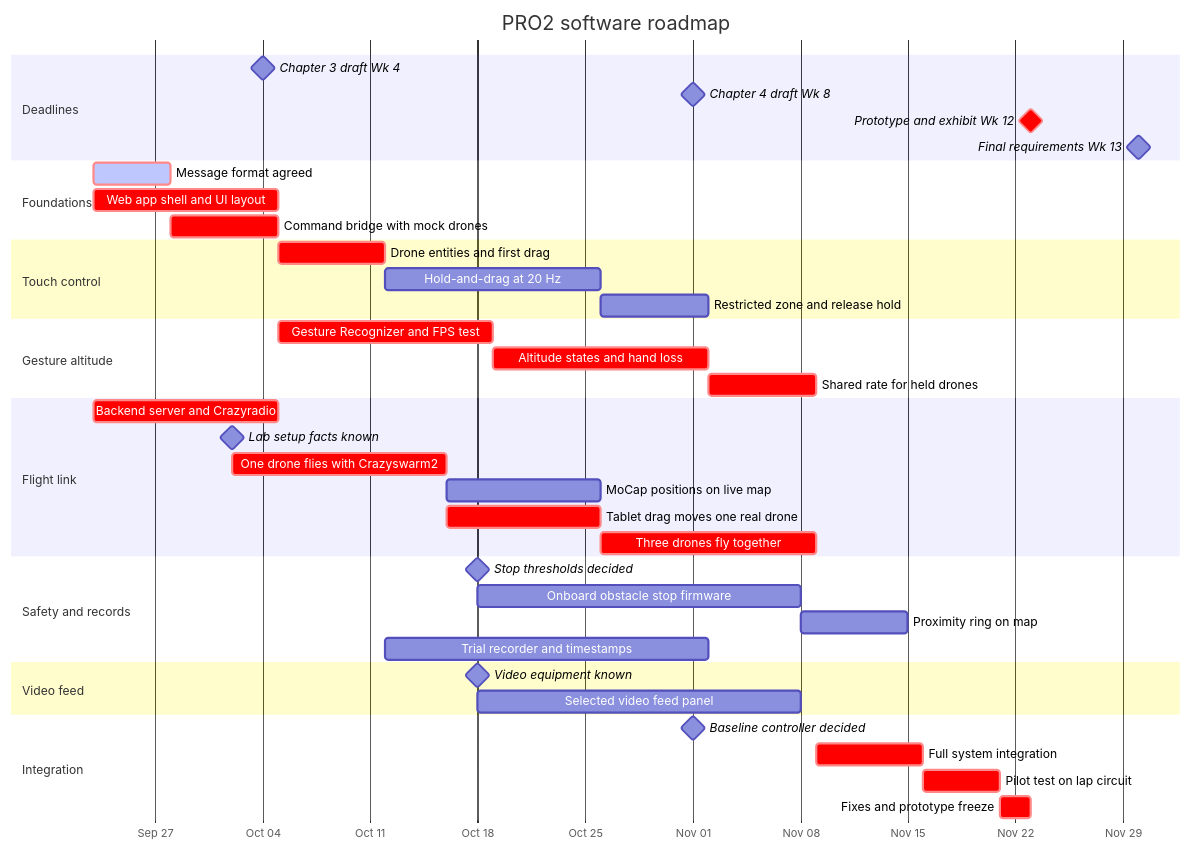
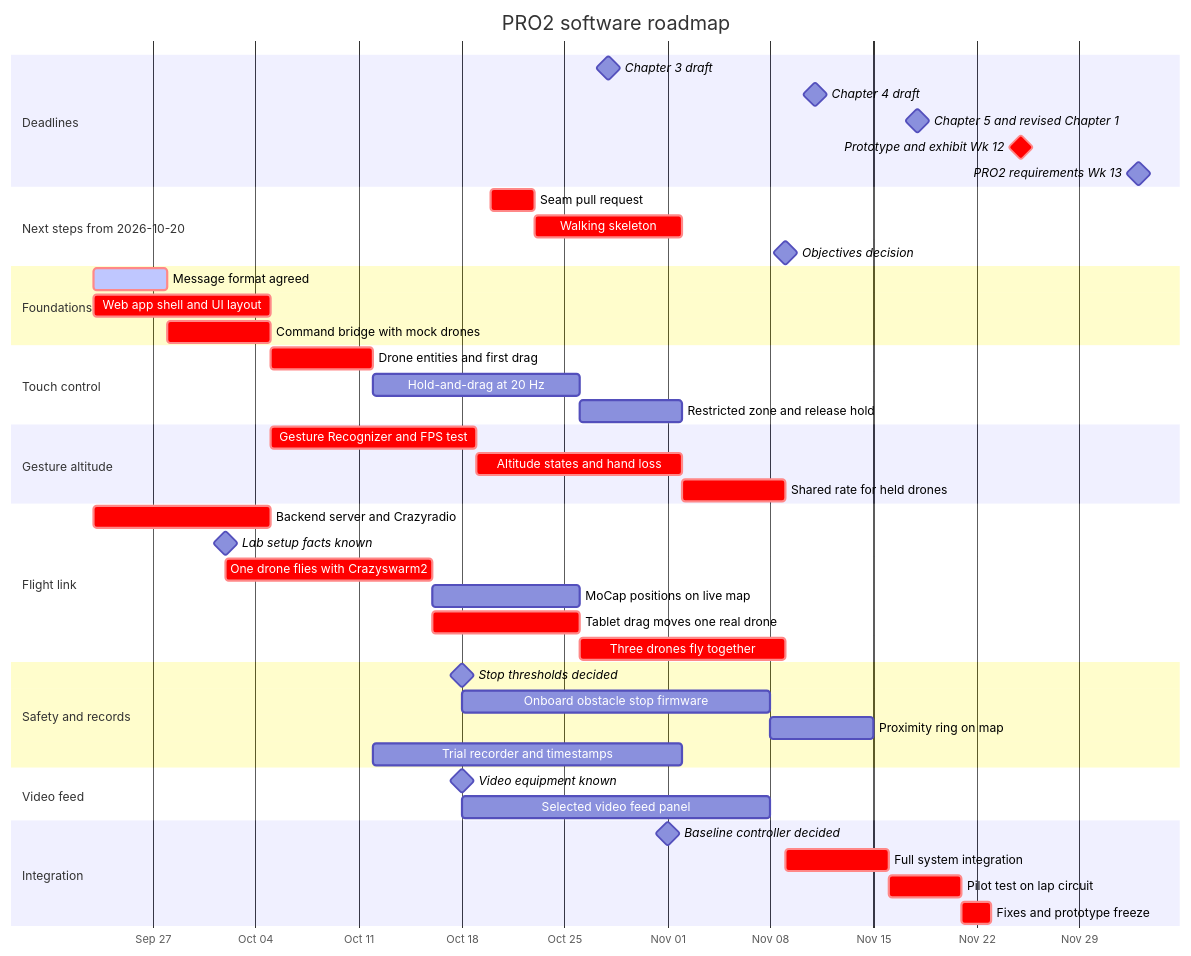
The diagram in ROADMAP.md (Shujimaki/touch-vision-drone-control), drawn with Mermaid before and after one commit. The commit also changed other lines of this file and 3 other files, not shown here.

First line of the commit message:
docs: record next steps and thesis format (#15)

````diff
--- a/ROADMAP.md
+++ b/ROADMAP.md
@@ -29,51 +46,57 @@
 ```mermaid
 gantt
     title PRO2 software roadmap
     dateFormat YYYY-MM-DD
     axisFormat %b %d
 
     section Deadlines
-    Chapter 3 draft Wk 4               :milestone, m1, 2026-10-04, 0d
-    Chapter 4 draft Wk 8               :milestone, m2, 2026-11-01, 0d
-    Prototype and exhibit Wk 12        :crit, milestone, m3, 2026-11-23, 0d
-    Final requirements Wk 13           :milestone, m4, 2026-11-30, 0d
+    Chapter 3 draft                    :milestone, m1, 2026-10-28, 0d
+    Chapter 4 draft                    :milestone, m2, 2026-11-11, 0d
+    Chapter 5 and revised Chapter 1    :milestone, m5, 2026-11-18, 0d
+    Prototype and exhibit Wk 12        :crit, milestone, m3, 2026-11-25, 0d
+    PRO2 requirements Wk 13            :milestone, m4, 2026-12-03, 0d
+
+    section Next steps from 2026-10-20
+    Seam pull request                  :crit, n1, 2026-10-20, 3d
+    Walking skeleton                   :crit, n2, after n1, 10d
+    Objectives decision                :milestone, n3, 2026-11-09, 0d
 
     section Foundations
     Message format agreed              :crit, active, f1, 2026-09-23, 5d
     Web app shell and UI layout        :crit, f2, 2026-09-23, 12d
     Command bridge with mock drones    :crit, f3, after f1, 7d
 
     section Touch control
     Drone entities and first drag      :crit, t1, after f2, 7d
     Hold-and-drag at 20 Hz             :t2, after t1, 14d
     Restricted zone and release hold   :t3, after t2, 7d
 
     section Gesture altitude
     Gesture Recognizer and FPS test    :crit, g1, 2026-10-05, 14d
     Altitude states and hand loss      :crit, g2, after g1, 14d
     Shared rate for held drones        :crit, g3, after g2, 7d
 
     section Flight link
     Backend server and Crazyradio      :crit, l0, 2026-09-23, 12d
     Lab setup facts known              :milestone, d1, 2026-10-02, 0d
     One drone flies with Crazyswarm2   :crit, l1, after d1, 14d
     MoCap positions on live map        :l2, after l1, 10d
     Tablet drag moves one real drone   :crit, l3, 2026-10-16, 10d
     Three drones fly together          :crit, l4, after l3, 14d
 
     section Safety and records
     Stop thresholds decided            :milestone, d2, 2026-10-18, 0d
     Onboard obstacle stop firmware     :s1, after d2, 21d
     Proximity ring on map              :s2, after s1, 7d
     Trial recorder and timestamps      :s3, 2026-10-12, 21d
 
     section Video feed
     Video equipment known              :milestone, d3, 2026-10-18, 0d
     Selected video feed panel          :v1, after d3, 21d
 
     section Integration
     Baseline controller decided        :milestone, d4, 2026-11-01, 0d
     Full system integration            :crit, i1, 2026-11-09, 7d
     Pilot test on lap circuit          :crit, i2, after i1, 5d
     Fixes and prototype freeze         :crit, i3, after i2, 2d
 ```
````
